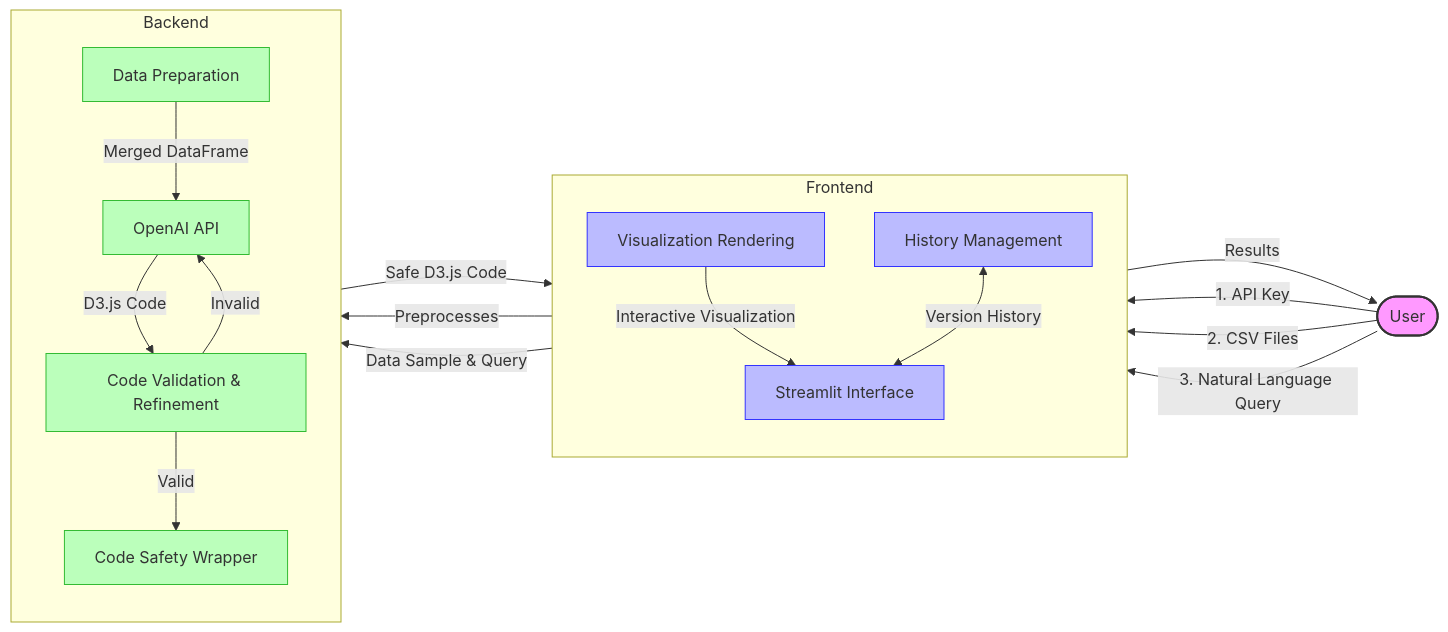
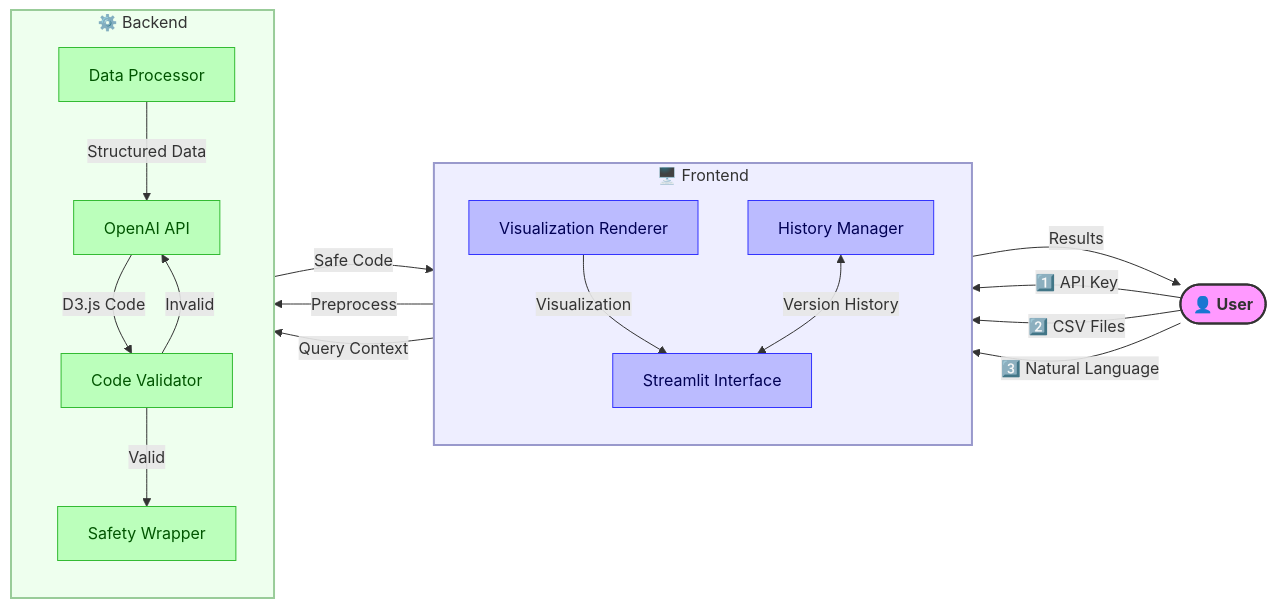
Before and after one commit to sundarmd/Comparative-Visualization-Generator: the diagram in README.md, drawn with Mermaid. The commit also changed other lines of this file, not shown here.

````diff
--- a/README.md
+++ b/README.md
@@ -7,42 +20,46 @@
 ```mermaid
 flowchart LR
-    classDef userClass fill:#f9f,stroke:#333,stroke-width:2px
-    classDef frontendClass fill:#bbf,stroke:#33f,stroke-width:1px
-    classDef backendClass fill:#bfb,stroke:#3b3,stroke-width:1px
+    classDef userClass fill:#f9f,stroke:#333,stroke-width:2px,color:#333,font-weight:bold
+    classDef frontendClass fill:#bbf,stroke:#33f,stroke-width:1px,color:#005
+    classDef backendClass fill:#bfb,stroke:#3b3,stroke-width:1px,color:#050
+    classDef dataClass fill:#ffd,stroke:#b90,stroke-width:1px,color:#840
     
-    User([User]):::userClass
+    User([👤 User]):::userClass
     
-    subgraph Frontend
+    subgraph Frontend["🖥️ Frontend"]
         direction TB
         SI[Streamlit Interface]:::frontendClass
-        VR[Visualization Rendering]:::frontendClass
-        HM[History Management]:::frontendClass
+        VR[Visualization Renderer]:::frontendClass
+        HM[History Manager]:::frontendClass
     end
     
-    subgraph Backend
+    subgraph Backend["⚙️ Backend"]
         direction TB
-        DP[Data Preparation]:::backendClass
+        DP[Data Processor]:::backendClass
         OAI[OpenAI API]:::backendClass
-        CV[Code Validation & Refinement]:::backendClass
-        CSW[Code Safety Wrapper]:::backendClass
+        CV[Code Validator]:::backendClass
+        CSW[Safety Wrapper]:::backendClass
     end
     
-    User -->|1. API Key| SI
-    User -->|2. CSV Files| SI
-    User -->|3. Natural Language Query| SI
+    User -->|"1️⃣ API Key"| SI
+    User -->|"2️⃣ CSV Files"| SI
+    User -->|"3️⃣ Natural Language"| SI
     
-    SI -->|Preprocesses| DP
-    DP -->|Merged DataFrame| OAI
-    SI -->|Data Sample & Query| OAI
+    SI -->|Preprocess| DP
+    DP -->|Structured Data| OAI
+    SI -->|Query Context| OAI
     
     OAI -->|D3.js Code| CV
     CV -->|Invalid| OAI
     CV -->|Valid| CSW
     
-    CSW -->|Safe D3.js Code| VR
-    VR -->|Interactive Visualization| SI
+    CSW -->|Safe Code| VR
+    VR -->|Visualization| SI
     
     SI -->|Results| User
     
     HM <-->|Version History| SI
+
+    style Frontend fill:#eef,stroke:#99c,stroke-width:2px
+    style Backend fill:#efe,stroke:#9c9,stroke-width:2px
 ```
````
